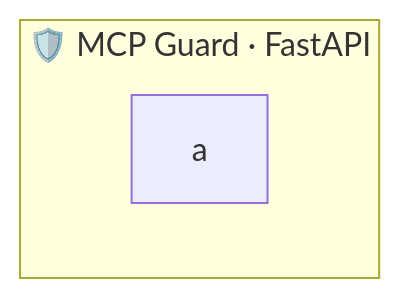
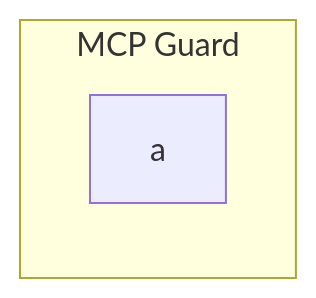
Before and after one commit to aneek22112007-tech/mcp-a2a-secure: the third of 6 diagrams in README.md, drawn with Mermaid. The commit also changed other lines of this file, not shown here.

Commit message:
tmp: mermaid probe 6

````diff
--- a/README.md
+++ b/README.md
@@ -112,6 +23,6 @@
 ```mermaid
 flowchart LR
-    subgraph GUARD["🛡️ MCP Guard · FastAPI"]
+    subgraph GUARD["MCP Guard"]
         x1["a"]
     end
 ```
````
